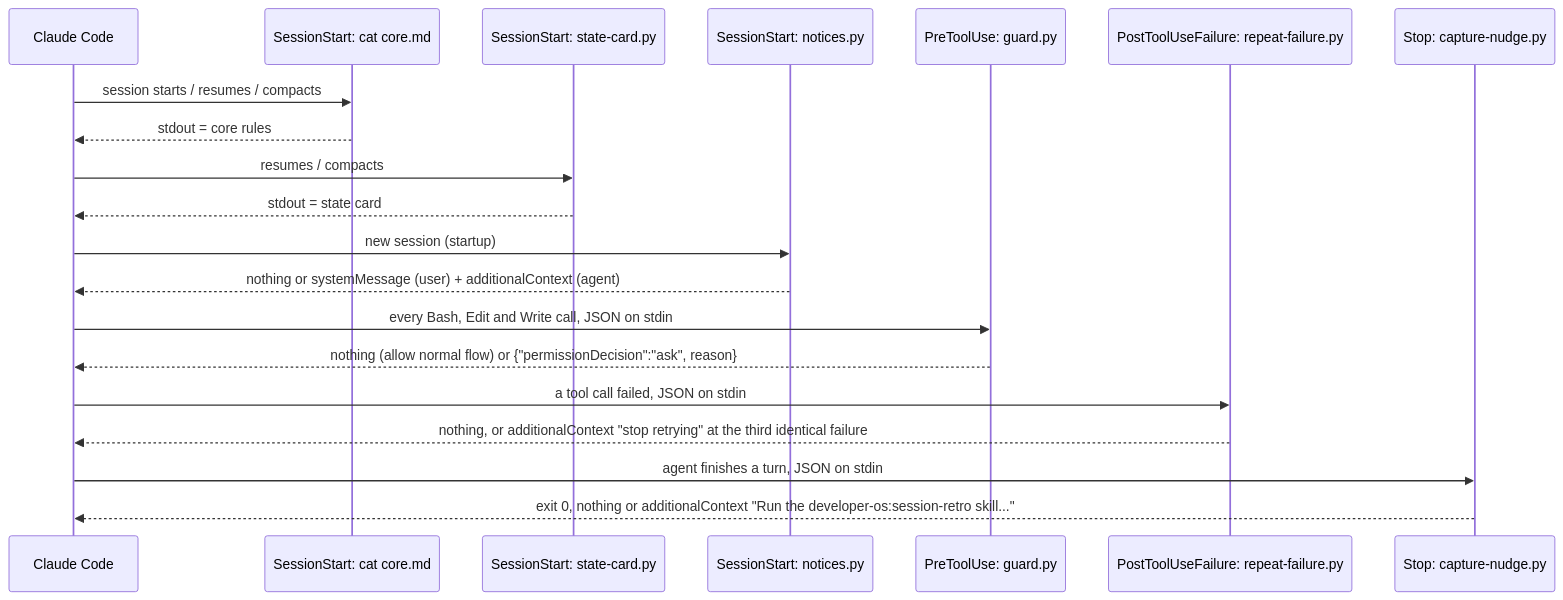
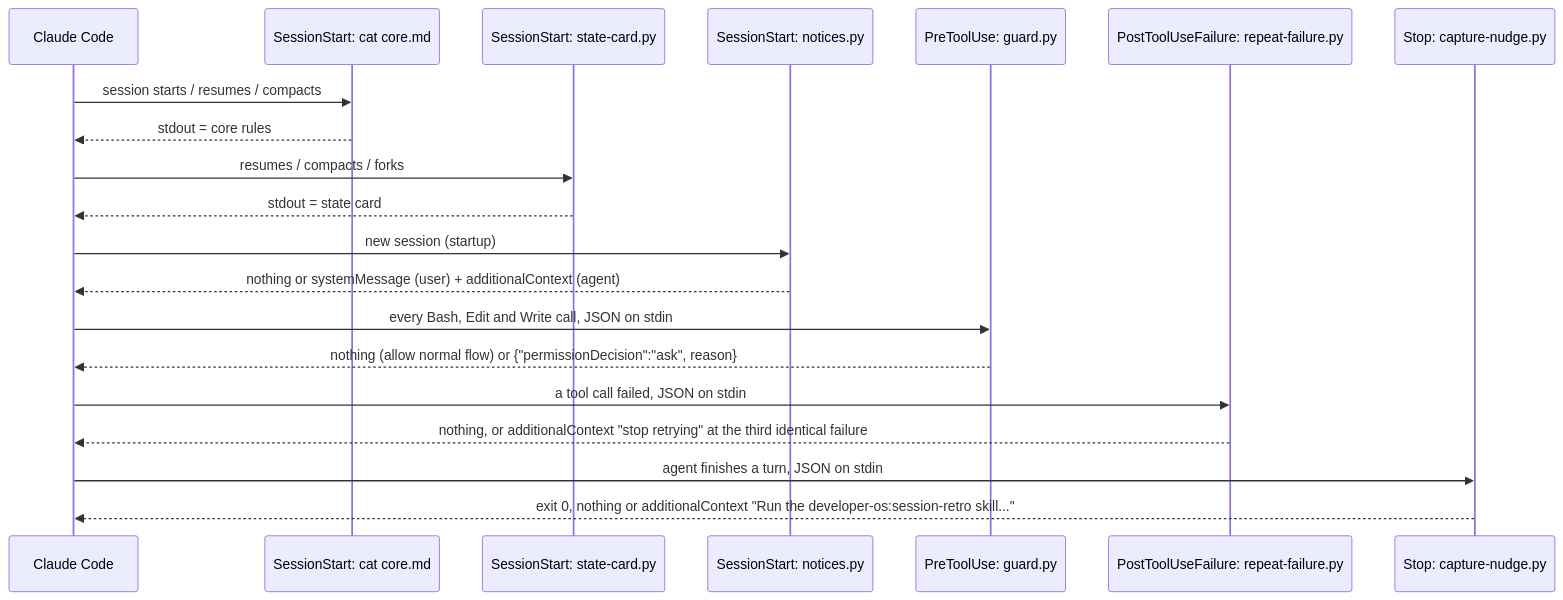
Before and after one commit to msolecki/developer-os: the first of 2 diagrams in docs/architecture/overview.md, drawn with Mermaid. The commit also changed other lines of this file and 25 other files, not shown here.

````diff
--- a/docs/architecture/overview.md
+++ b/docs/architecture/overview.md
@@ -61,22 +61,22 @@
 ```mermaid
 sequenceDiagram
   participant CC as Claude Code
   participant R as SessionStart: cat core.md
   participant SS as SessionStart: state-card.py
   participant NO as SessionStart: notices.py
   participant G as PreToolUse: guard.py
   participant F as PostToolUseFailure: repeat-failure.py
   participant N as Stop: capture-nudge.py
   CC->>R: session starts / resumes / compacts
   R-->>CC: stdout = core rules
-  CC->>SS: resumes / compacts
+  CC->>SS: resumes / compacts / forks
   SS-->>CC: stdout = state card
   CC->>NO: new session (startup)
   NO-->>CC: nothing or systemMessage (user) + additionalContext (agent)
   CC->>G: every Bash, Edit and Write call, JSON on stdin
   G-->>CC: nothing (allow normal flow) or {"permissionDecision":"ask", reason}
   CC->>F: a tool call failed, JSON on stdin
   F-->>CC: nothing, or additionalContext "stop retrying" at the third identical failure
   CC->>N: agent finishes a turn, JSON on stdin
   N-->>CC: exit 0, nothing or additionalContext "Run the developer-os:session-retro skill..."
 ```
````
